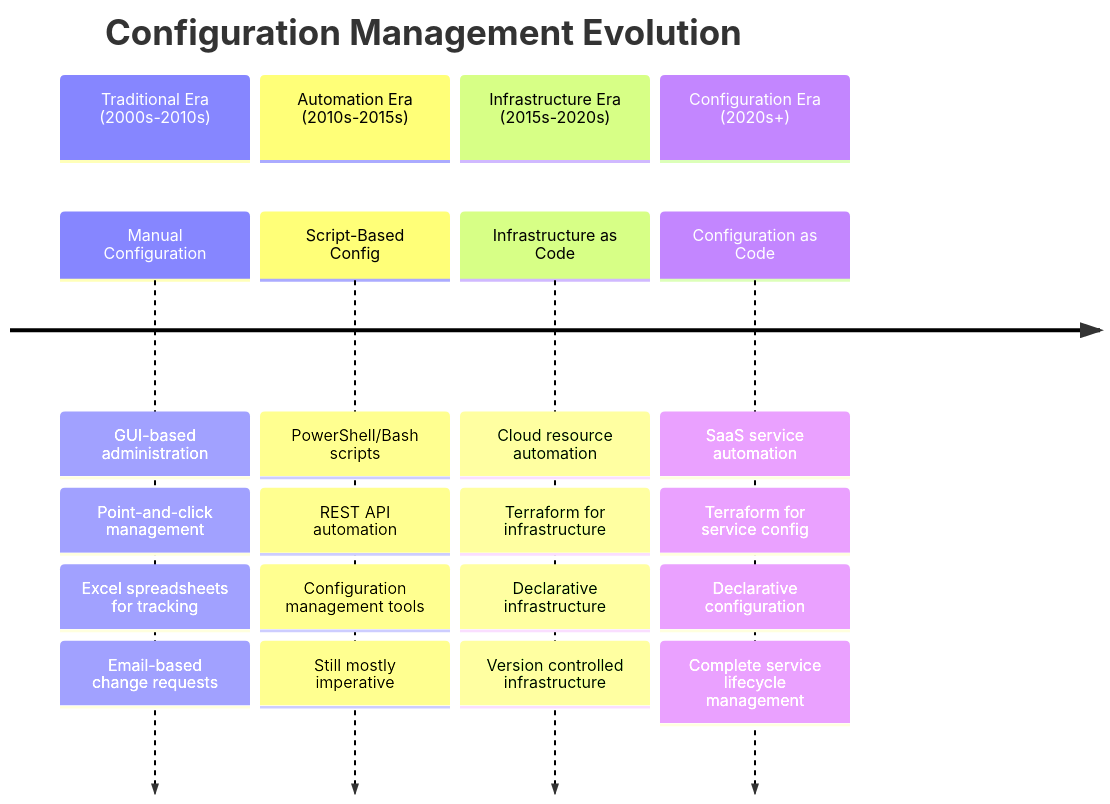
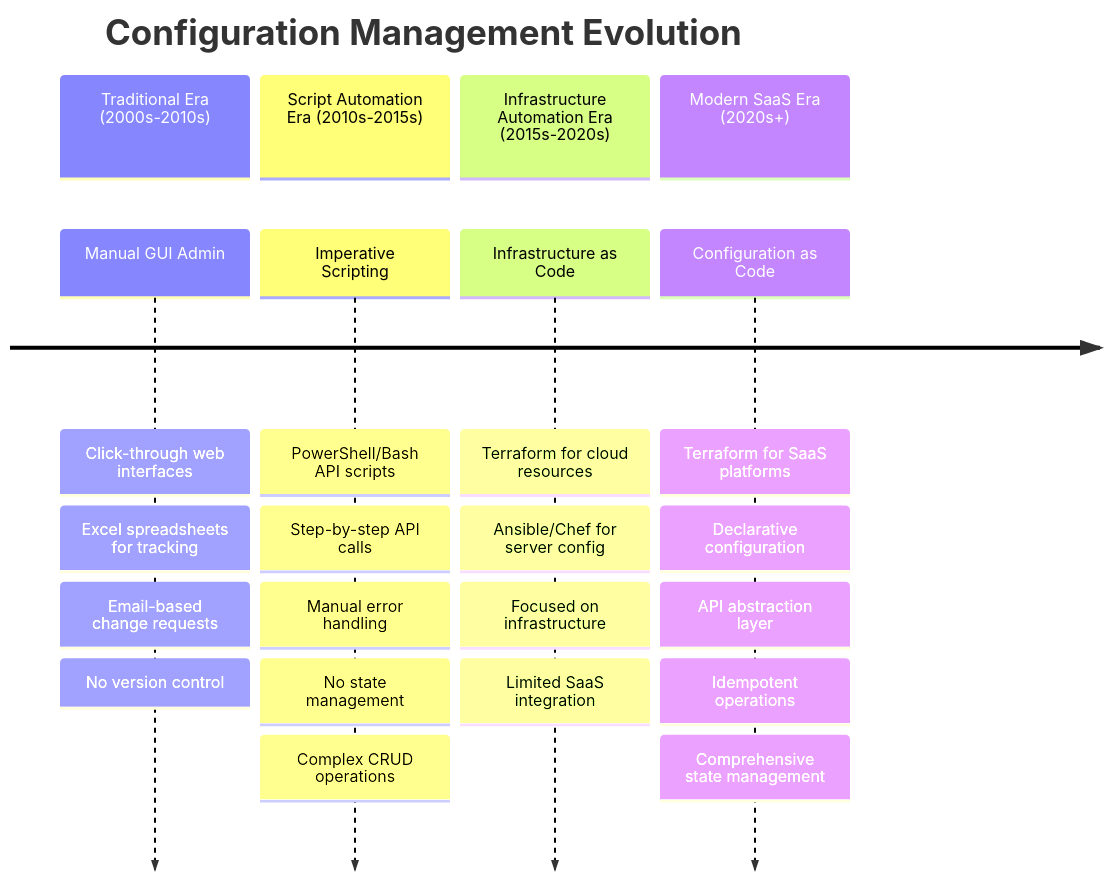
Before and after one commit to simondbrooke/terraform-training-jamfpro: the first of 2 diagrams in training_materials/terraform/module_02_configuration_as_code_concepts.md, drawn with Mermaid. The commit also changed other lines of this file and 5 other files, not shown here.

````diff
--- a/training_materials/terraform/module_02_configuration_as_code_concepts.md
+++ b/training_materials/terraform/module_02_configuration_as_code_concepts.md
@@ -32,28 +34,30 @@
 ```mermaid
 timeline
     title Configuration Management Evolution
     
     section Traditional Era (2000s-2010s)
-        Manual Configuration : GUI-based administration
-                             : Point-and-click management
-                             : Excel spreadsheets for tracking
-                             : Email-based change requests
+        Manual GUI Admin : Click-through web interfaces
+                         : Excel spreadsheets for tracking
+                         : Email-based change requests
+                         : No version control
         
-    section Automation Era (2010s-2015s)
-        Script-Based Config   : PowerShell/Bash scripts
-                             : REST API automation
-                             : Configuration management tools
-                             : Still mostly imperative
+    section Script Automation Era (2010s-2015s)
+        Imperative Scripting : PowerShell/Bash API scripts
+                            : Step-by-step API calls
+                            : Manual error handling
+                            : No state management
+                            : Complex CRUD operations
         
-    section Infrastructure Era (2015s-2020s)
-        Infrastructure as Code : Cloud resource automation
-                              : Terraform for infrastructure
-                              : Declarative infrastructure
-                              : Version controlled infrastructure
+    section Infrastructure Automation Era (2015s-2020s)
+        Infrastructure as Code : Terraform for cloud resources
+                              : Ansible/Chef for server config
+                              : Focused on infrastructure
+                              : Limited SaaS integration
         
-    section Configuration Era (2020s+)
-        Configuration as Code : SaaS service automation
-                             : Terraform for service config
+    section Modern SaaS Era (2020s+)
+        Configuration as Code : Terraform for SaaS platforms
                              : Declarative configuration
-                             : Complete service lifecycle management
+                             : API abstraction layer
+                             : Idempotent operations
+                             : Comprehensive state management
 ```
````
